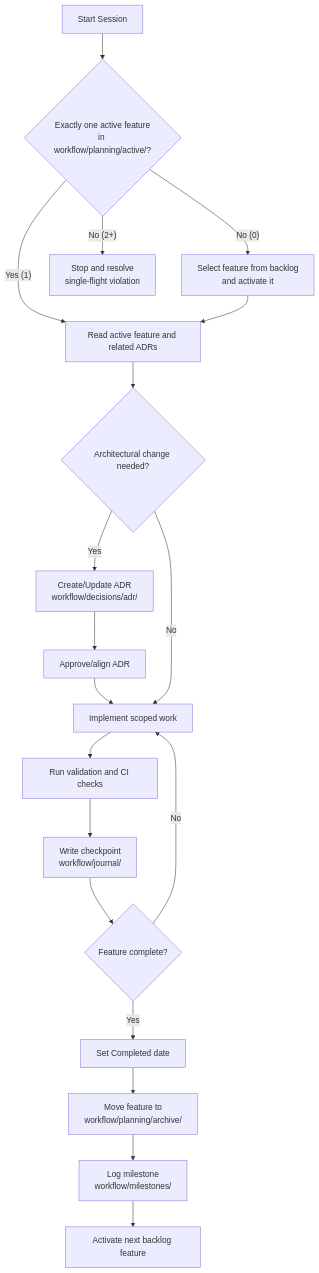
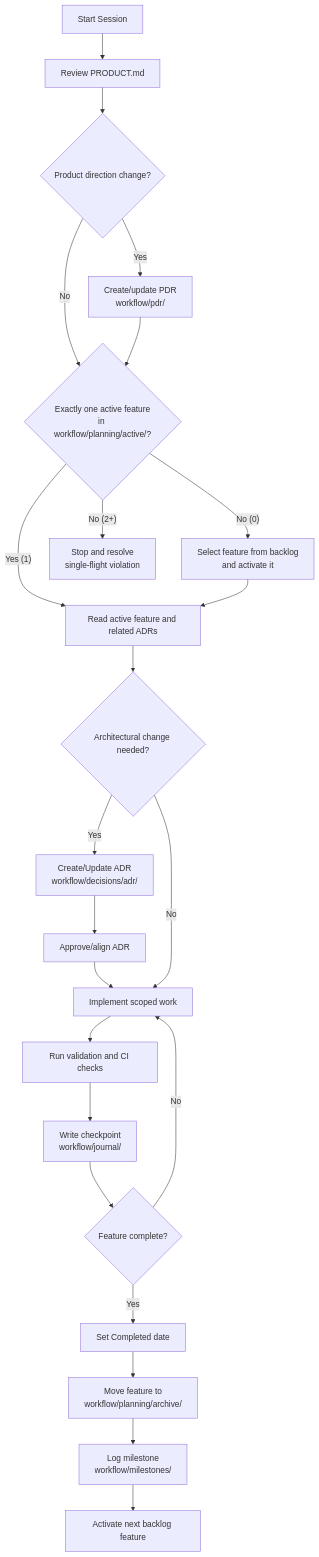
The first of 2 diagrams in WORKFLOW_DIAGRAM.md (alassetter/ai-workflow-template), drawn with Mermaid before and after one commit. The commit also changed other lines of this file and 8 other files, not shown here.

Commit message:
Add PRODUCT and PDR workflow layer with setup/docs integration

````diff
--- a/WORKFLOW_DIAGRAM.md
+++ b/WORKFLOW_DIAGRAM.md
@@ -5,23 +5,27 @@
 ```mermaid
 flowchart TD
-    A["Start Session"] --> B{"Exactly one active feature<br/>in workflow/planning/active/?"}
+    A["Start Session"] --> A1["Review PRODUCT.md"]
+    A1 --> A2{"Product direction change?"}
+    A2 -- "Yes" --> A3["Create/update PDR<br/>workflow/pdr/"]
+    A2 -- "No" --> B{"Exactly one active feature<br/>in workflow/planning/active/?"}
+    A3 --> B
     B -- "No (0)" --> C["Select feature from backlog<br/>and activate it"]
     B -- "No (2+)" --> D["Stop and resolve<br/>single-flight violation"]
     B -- "Yes (1)" --> E["Read active feature and related ADRs"]
 
     C --> E
     E --> F{"Architectural change needed?"}
     F -- "Yes" --> G["Create/Update ADR<br/>workflow/decisions/adr/"]
     G --> H["Approve/align ADR"]
     H --> I["Implement scoped work"]
     F -- "No" --> I
 
     I --> J["Run validation and CI checks"]
     J --> K["Write checkpoint<br/>workflow/journal/"]
     K --> L{"Feature complete?"}
     L -- "No" --> I
     L -- "Yes" --> M["Set Completed date"]
     M --> N["Move feature to<br/>workflow/planning/archive/"]
     N --> O["Log milestone<br/>workflow/milestones/"]
     O --> P["Activate next backlog feature"]
 ```
````
